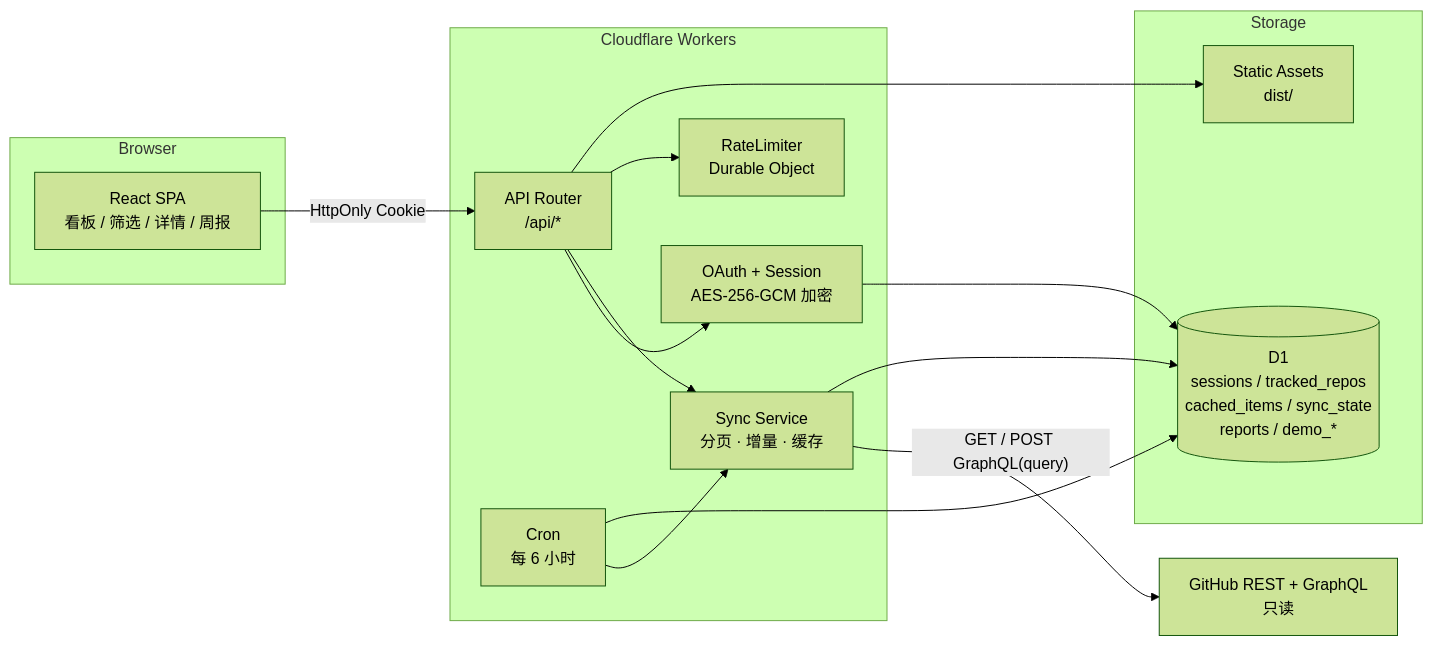
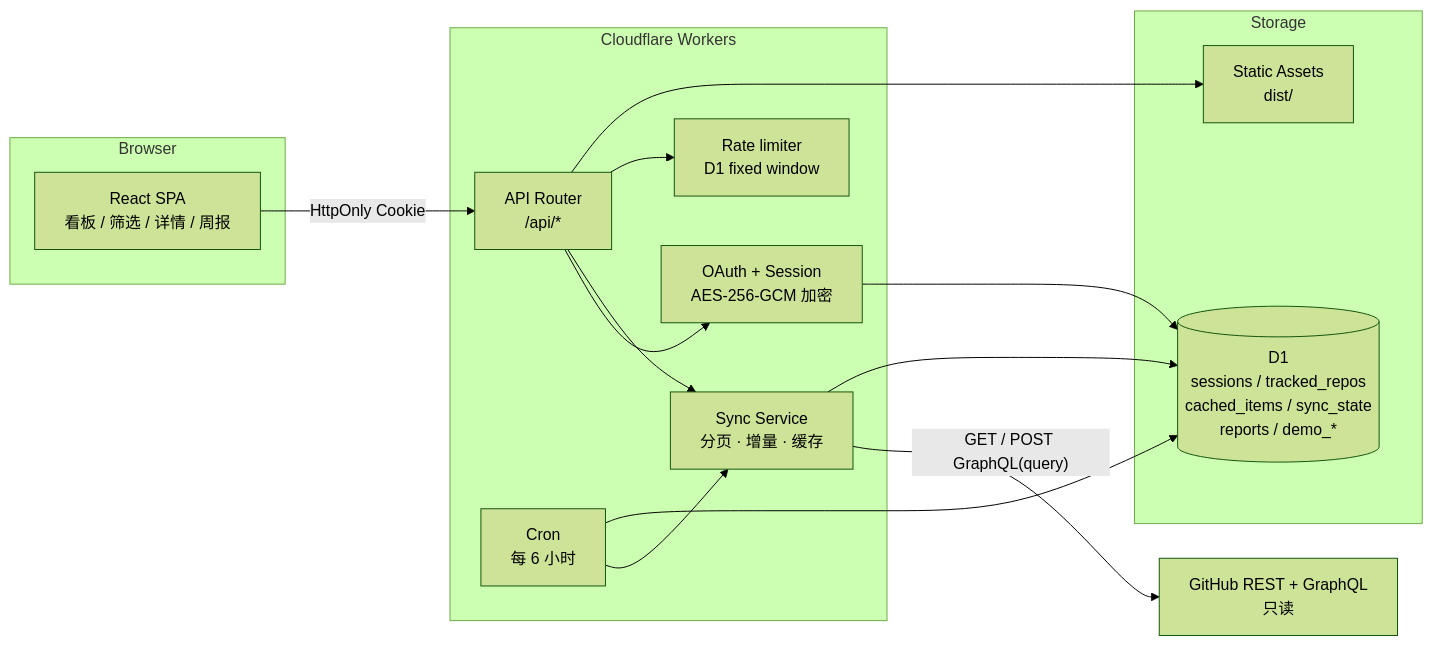
One commit to iiiiiiiiiiiiiKK/repoops changed the diagram in README.md. Above: the diagram before and after it, drawn with Mermaid (forest theme). The commit also changed other lines of this file and 11 other files, not shown here.

````diff
--- a/README.md
+++ b/README.md
@@ -140,32 +140,32 @@
 ```mermaid
 flowchart LR
     subgraph Browser
         UI["React SPA<br/>看板 / 筛选 / 详情 / 周报"]
     end
 
     subgraph CF["Cloudflare Workers"]
         R["API Router<br/>/api/*"]
         A["OAuth + Session<br/>AES-256-GCM 加密"]
         S["Sync Service<br/>分页 · 增量 · 缓存"]
-        L["RateLimiter<br/>Durable Object"]
+        L["Rate limiter<br/>D1 fixed window"]
         C["Cron<br/>每 6 小时"]
     end
 
     subgraph Storage
         D1[("D1<br/>sessions / tracked_repos<br/>cached_items / sync_state<br/>reports / demo_*")]
         AS["Static Assets<br/>dist/"]
     end
 
     GH["GitHub REST + GraphQL<br/>只读"]
 
     UI -- "HttpOnly Cookie" --> R
     R --> A
     R --> S
     R --> L
     A --> D1
     S -- "GET / POST GraphQL(query)" --> GH
     S --> D1
     C --> S
     C --> D1
     R --> AS
 ```
````
